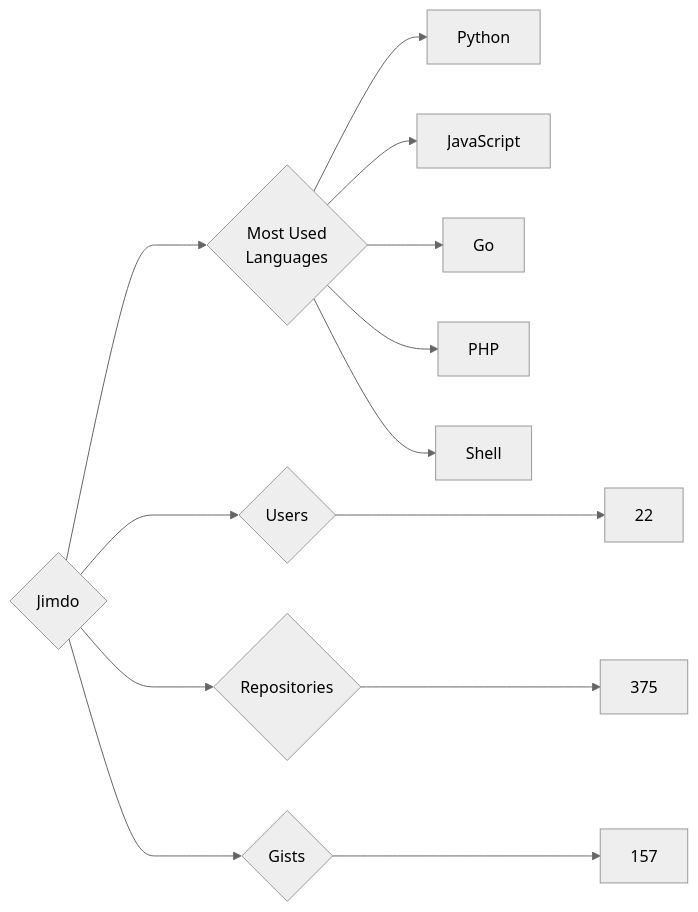
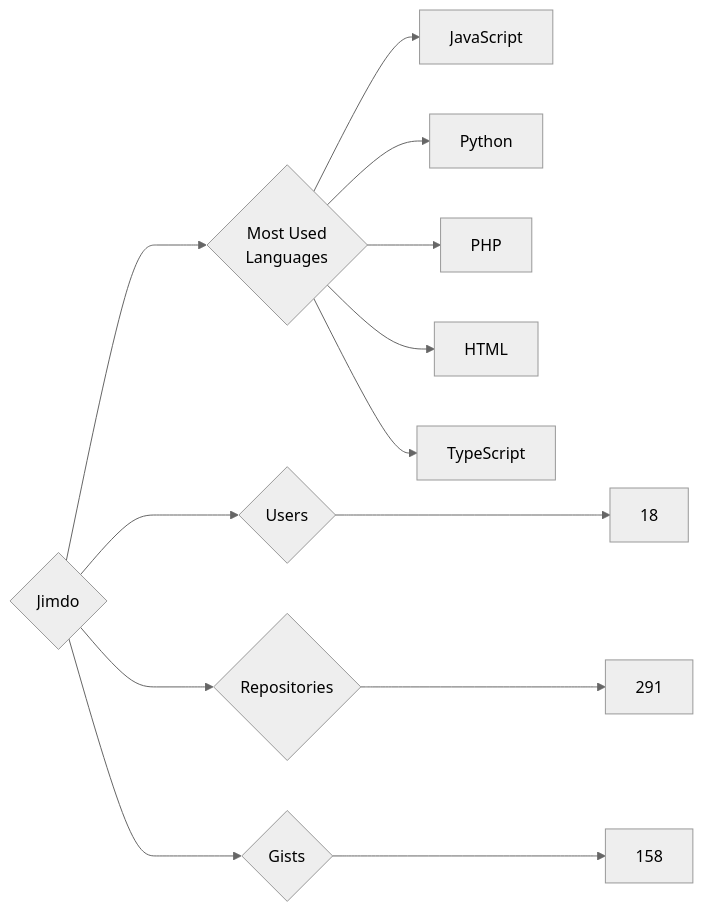
Before and after one commit to trickest/insiders: the diagram in targets/Jimdo/README.md, drawn with Mermaid (neutral theme). The commit also changed 870 other files, not shown here.

````diff
--- a/targets/Jimdo/README.md
+++ b/targets/Jimdo/README.md
@@ -3,13 +3,13 @@
 ```mermaid
 graph LR
 COMPANY_NAME{Jimdo}
-COMPANY_NAME ---> U{Users} ---> UN[22]
-COMPANY_NAME ---> R{Repositories} ---> RN[375]
-COMPANY_NAME ---> G{Gists} ---> GN[157]
+COMPANY_NAME ---> U{Users} ---> UN[18]
+COMPANY_NAME ---> R{Repositories} ---> RN[291]
+COMPANY_NAME ---> G{Gists} ---> GN[158]
 COMPANY_NAME ---> ML{Most Used<br>Languages}
+ML --> JavaScript[JavaScript]
 ML --> Python[Python]
-ML --> JavaScript[JavaScript]
-ML --> Go[Go]
 ML --> PHP[PHP]
-ML --> Shell[Shell]
+ML --> HTML[HTML]
+ML --> TypeScript[TypeScript]
 ```
````
